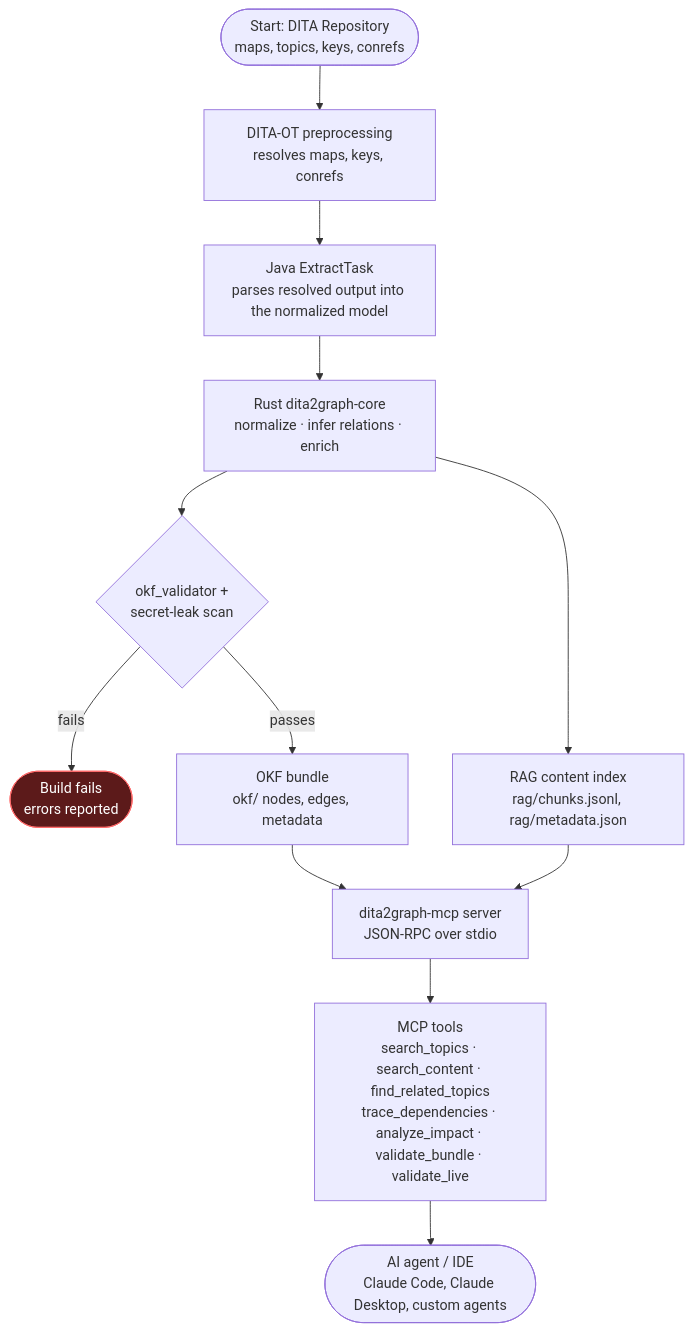
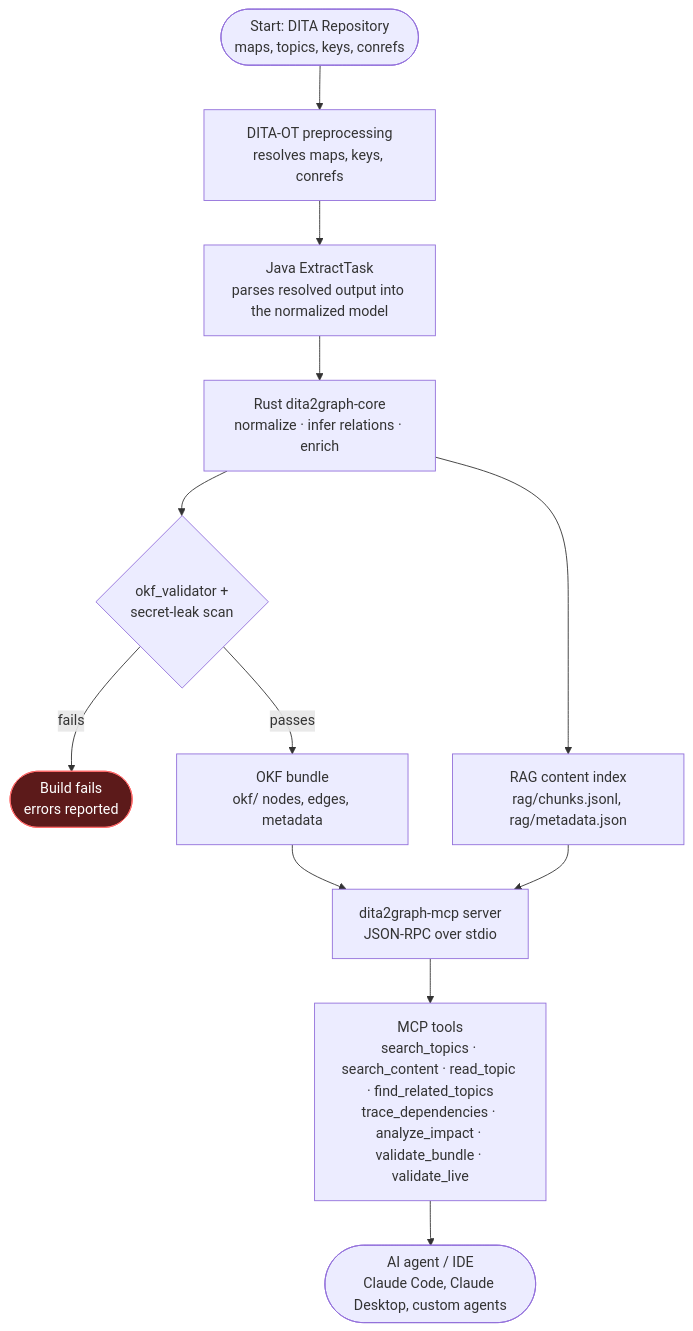
Before and after one commit to jyjeanne/DITA2Graph: the diagram in README.md, drawn with Mermaid. The commit also changed other lines of this file and 22 other files, not shown here.

First line of the commit message:
feat: close the graph and mcp gaps found by the claude code benchmark

````diff
--- a/README.md
+++ b/README.md
@@ -76,16 +76,16 @@
 ```mermaid
 flowchart TD
     A([Start: DITA Repository<br/>maps, topics, keys, conrefs]) --> B["DITA-OT preprocessing<br/>resolves maps, keys, conrefs"]
     B --> C["Java ExtractTask<br/>parses resolved output into the normalized model"]
     C --> D["Rust dita2graph-core<br/>normalize · infer relations · enrich"]
     D --> E{"okf_validator +<br/>secret-leak scan"}
     E -- fails --> F([Build fails<br/>errors reported]):::fail
     E -- passes --> G["OKF bundle<br/>okf/ nodes, edges, metadata"]
     D --> H["RAG content index<br/>rag/chunks.jsonl, rag/metadata.json"]
     G --> I["dita2graph-mcp server<br/>JSON-RPC over stdio"]
     H --> I
-    I --> J["MCP tools<br/>search_topics · search_content · find_related_topics<br/>trace_dependencies · analyze_impact · validate_bundle · validate_live"]
+    I --> J["MCP tools<br/>search_topics · search_content · read_topic · find_related_topics<br/>trace_dependencies · analyze_impact · validate_bundle · validate_live"]
     J --> K([AI agent / IDE<br/>Claude Code, Claude Desktop, custom agents])
 
     classDef fail fill:#5c1a1a,stroke:#ff6b6b,color:#fff
 ```
````
